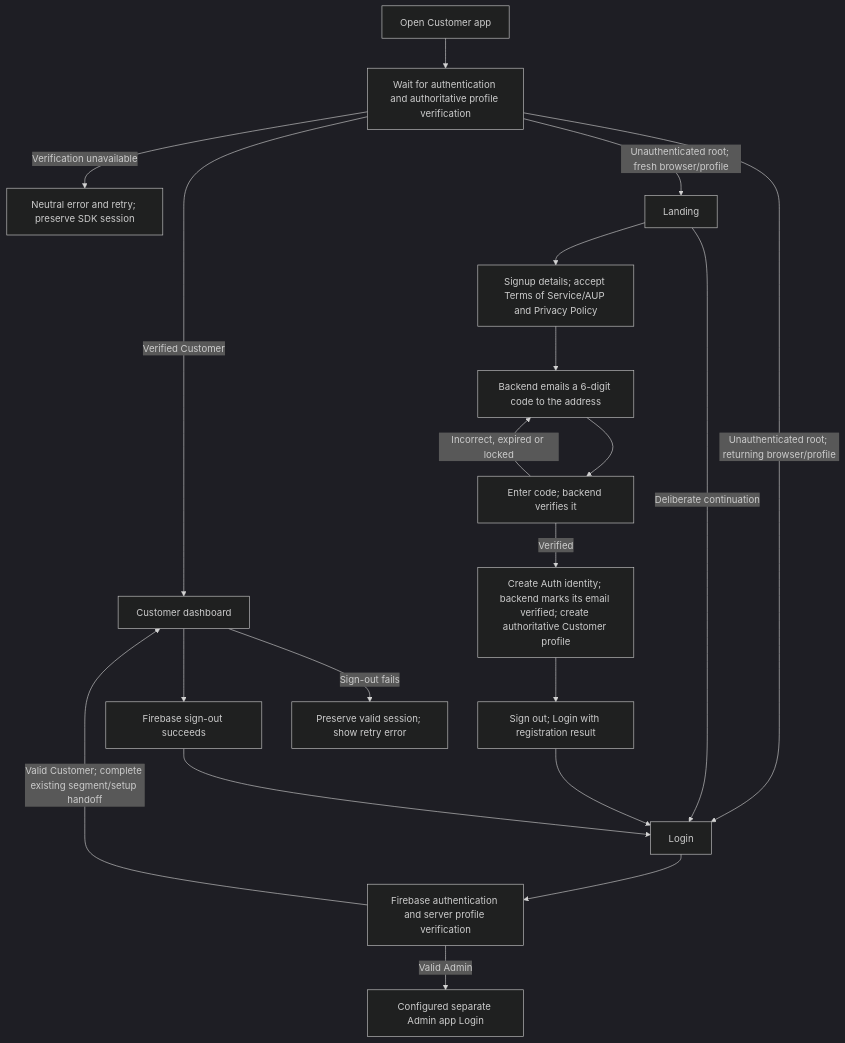
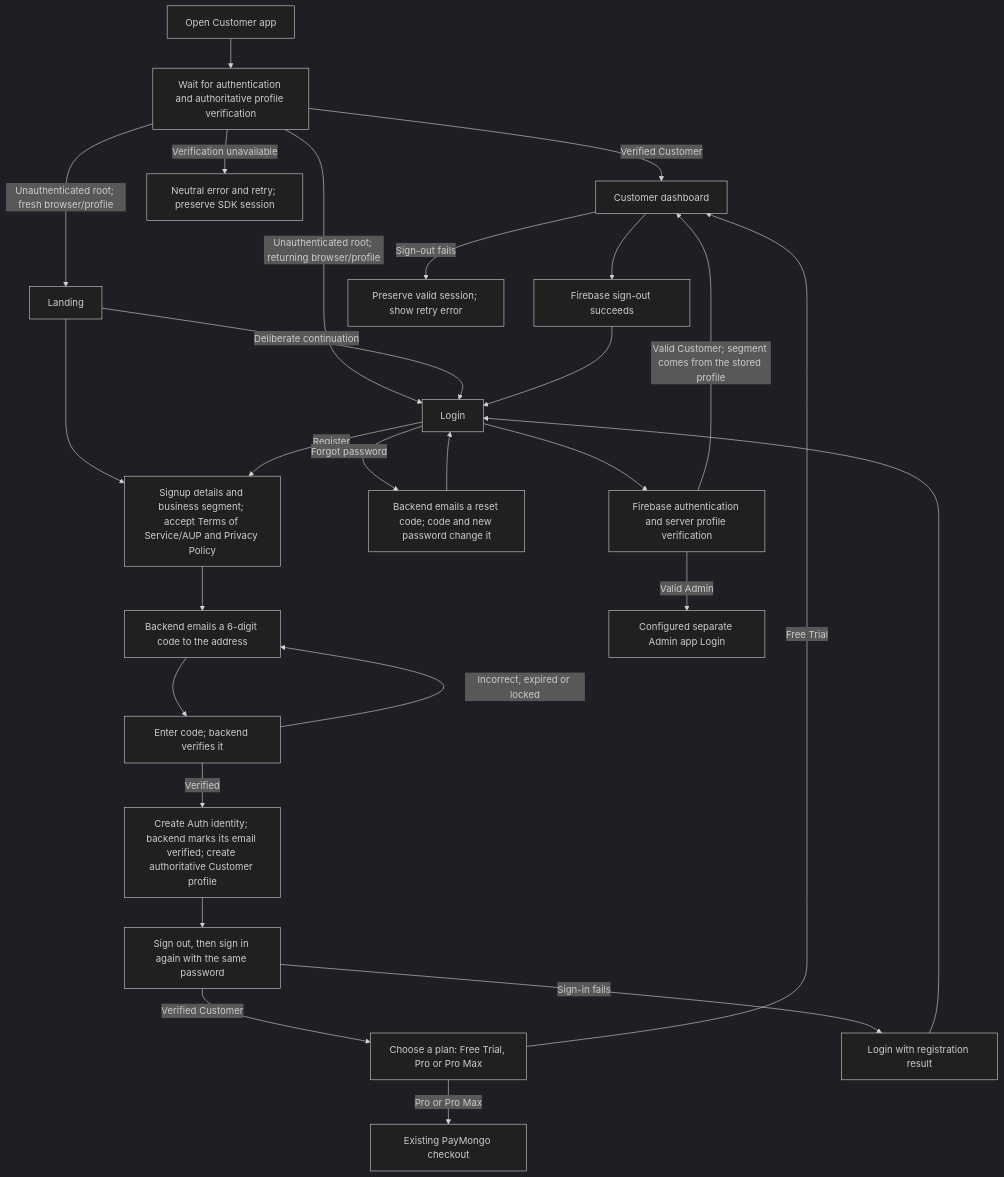
One commit to Leyy12/InventaAPI changed the first of 6 diagrams in docs/system-flow.md. Above: the diagram before and after it, drawn with Mermaid (dark theme). The commit also changed other lines of this file and 24 other files, not shown here.

````diff
--- a/docs/system-flow.md
+++ b/docs/system-flow.md
@@ -10,22 +10,29 @@
 ```mermaid
 flowchart TD
   Entry[Open Customer app] --> Init[Wait for authentication and authoritative profile verification]
   Init -->|Verified Customer| Dashboard[Customer dashboard]
   Init -->|Verification unavailable| Retry[Neutral error and retry; preserve SDK session]
   Init -->|Unauthenticated root; fresh browser/profile| Landing[Landing]
   Init -->|Unauthenticated root; returning browser/profile| Login[Login]
   Landing -->|Deliberate continuation| Login
-  Landing --> Signup[Signup details; accept Terms of Service/AUP and Privacy Policy]
+  Landing --> Signup[Signup details and business segment; accept Terms of Service/AUP and Privacy Policy]
+  Login -->|Register| Signup
   Signup --> Code[Backend emails a 6-digit code to the address]
   Code --> CodeCheck[Enter code; backend verifies it]
   CodeCheck -->|Incorrect, expired or locked| Code
   CodeCheck -->|Verified| Profile[Create Auth identity; backend marks its email verified; create authoritative Customer profile]
-  Profile --> Registered[Sign out; Login with registration result]
+  Profile --> SignIn[Sign out, then sign in again with the same password]
+  SignIn -->|Verified Customer| Plans[Choose a plan: Free Trial, Pro or Pro Max]
+  SignIn -->|Sign-in fails| Registered[Login with registration result]
   Registered --> Login
+  Plans -->|Free Trial| Dashboard
+  Plans -->|Pro or Pro Max| Checkout[Existing PayMongo checkout]
+  Login -->|Forgot password| Reset[Backend emails a reset code; code and new password change it]
+  Reset --> Login
   Login --> Verify[Firebase authentication and server profile verification]
-  Verify -->|Valid Customer; complete existing segment/setup handoff| Dashboard
+  Verify -->|Valid Customer; segment comes from the stored profile| Dashboard
   Verify -->|Valid Admin| AdminLogin[Configured separate Admin app Login]
   Dashboard --> Logout[Firebase sign-out succeeds]
   Logout --> Login
   Dashboard -->|Sign-out fails| Stay[Preserve valid session; show retry error]
 ```
````
